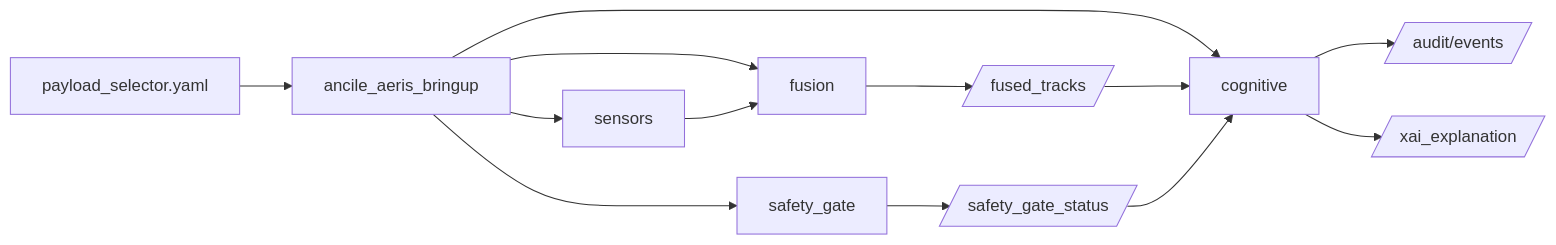
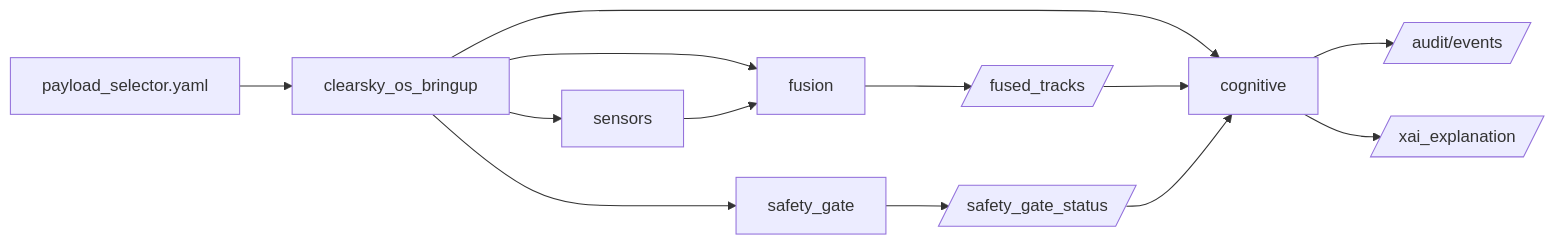
Before and after one commit to FratresMedAI/Ancile-Aeris: the diagram in README.md, drawn with Mermaid. The commit also changed other lines of this file and 442 other files, not shown here.

First line of the commit message:
Rebrand Ancile Aeris to ClearSky OS across packages and docs.

````diff
--- a/README.md
+++ b/README.md
@@ -76,15 +76,15 @@
 ```mermaid
 flowchart LR
-  payloadSelector[payload_selector.yaml] --> bringup[ancile_aeris_bringup]
+  payloadSelector[payload_selector.yaml] --> bringup[clearsky_os_bringup]
   bringup --> sensors[sensors]
   bringup --> fusion[fusion]
   bringup --> safetyGate[safety_gate]
   bringup --> cognitive[cognitive]
   sensors --> fusion
   fusion --> fusedTracks[/fused_tracks/]
   fusedTracks --> cognitive
   safetyGate --> safetyStatus[/safety_gate_status/]
   safetyStatus --> cognitive
   cognitive --> audit[/audit/events/]
   cognitive --> xai[/xai_explanation/]
 ```
````
